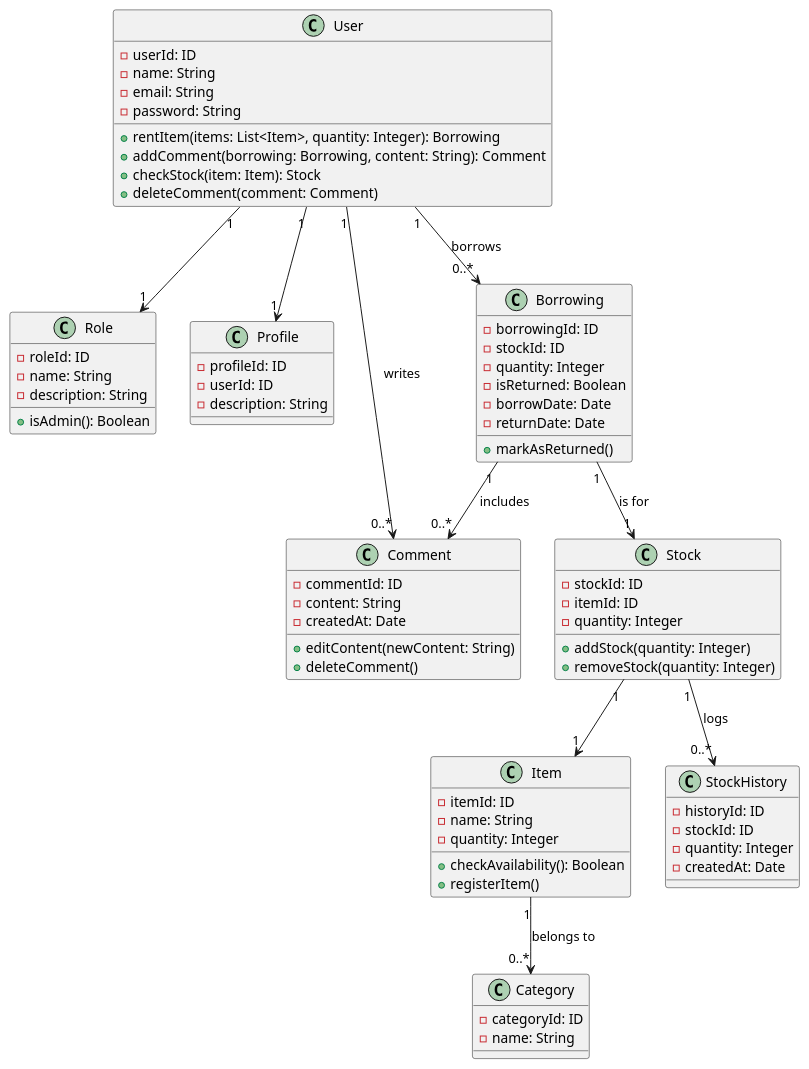
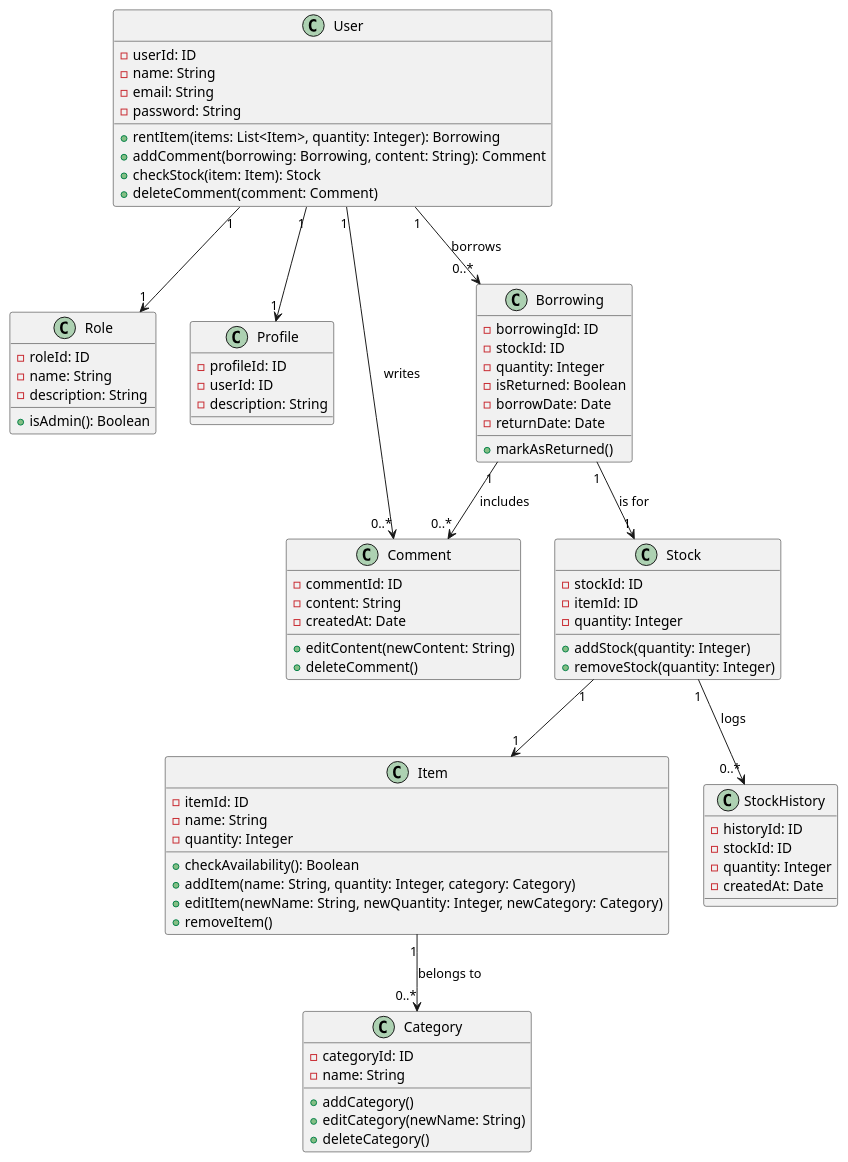
The diagram in blue-print/domain-models/domain-model.pu (Masaya-j9/stock-app-backend), drawn with PlantUML before and after one commit. The commit also changed 2 other files, not shown here.

```diff
--- a/blue-print/domain-models/domain-model.pu
+++ b/blue-print/domain-models/domain-model.pu
@@ -1,83 +1,88 @@
 @startuml domain-model
 
 class User {
   - userId: ID
   - name: String
   - email: String
   - password: String
   + rentItem(items: List<Item>, quantity: Integer): Borrowing
   + addComment(borrowing: Borrowing, content: String): Comment
   + checkStock(item: Item): Stock
   + deleteComment(comment: Comment)
 }
 
 class Role {
   - roleId: ID
   - name: String
   - description: String
   + isAdmin(): Boolean
 }
 
 class Profile {
   - profileId: ID
   - userId: ID
   - description: String
 }
 
 class Comment {
   - commentId: ID
   - content: String
   - createdAt: Date
   + editContent(newContent: String)
   + deleteComment()
 }
 
 class Item {
   - itemId: ID
   - name: String
   - quantity: Integer
   + checkAvailability(): Boolean
-  + registerItem()
+  + addItem(name: String, quantity: Integer, category: Category)
+  + editItem(newName: String, newQuantity: Integer, newCategory: Category)
+  + removeItem()
 }
 
 class Category {
   - categoryId: ID
   - name: String
+  + addCategory()
+  + editCategory(newName: String)
+  + deleteCategory()
 }
 
 class Stock {
   - stockId: ID
   - itemId: ID
   - quantity: Integer
   + addStock(quantity: Integer)
   + removeStock(quantity: Integer)
 }
 
 class StockHistory {
   - historyId: ID
   - stockId: ID
   - quantity: Integer
   - createdAt: Date
 }
 
 class Borrowing {
   - borrowingId: ID
   - stockId: ID
   - quantity: Integer
   - isReturned: Boolean
   - borrowDate: Date
   - returnDate: Date
   + markAsReturned()
 }
 
 User "1" --> "1" Role
 User "1" --> "1" Profile
 User "1" --> "0..*" Borrowing : borrows
 User "1" --> "0..*" Comment : writes
 Borrowing "1" --> "1" Stock : is for
 Borrowing "1" --> "0..*" Comment : includes
 Stock "1" --> "1" Item
 Item "1" --> "0..*" Category : belongs to
 Stock "1" --> "0..*" StockHistory : logs
 
 @enduml
```
